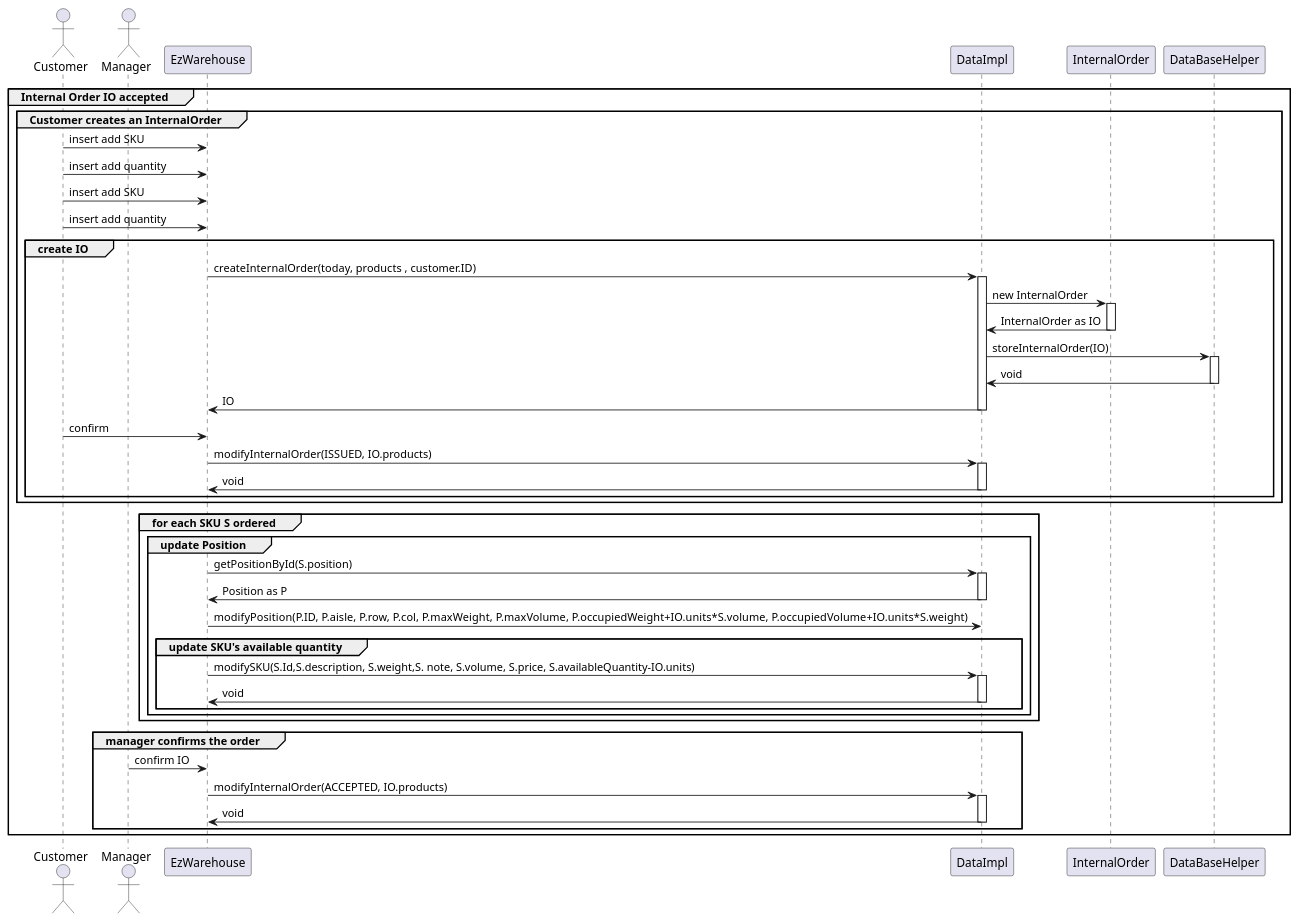
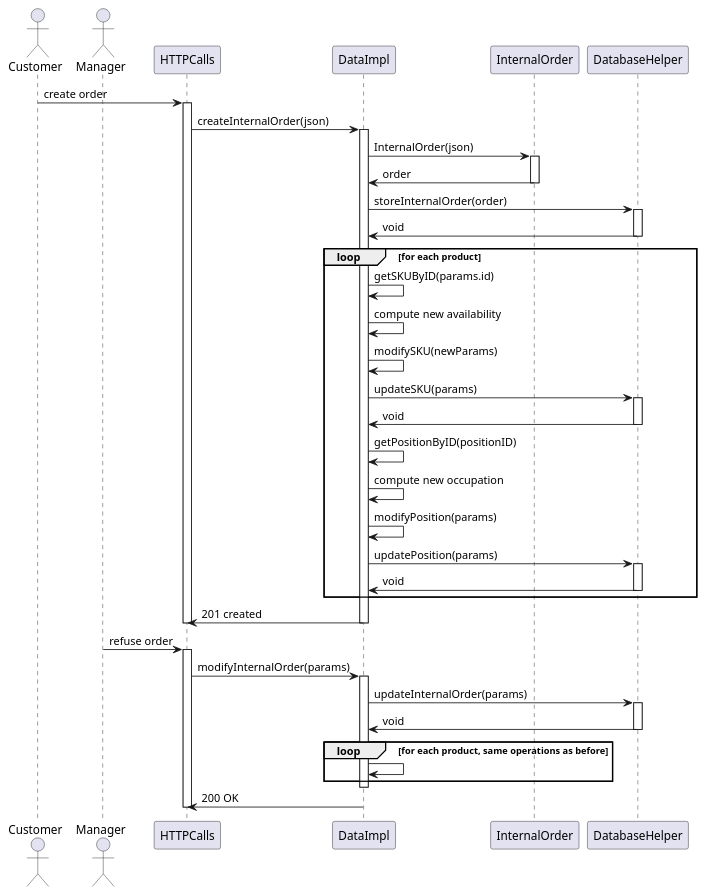
One commit to DavideArcolini/SoftEng_garbageCollector changed the sixth of 7 diagrams in DESIGN PART/DesignDocument.md. Above: the diagram before and after it, drawn with PlantUML. The commit also changed other lines of this file, not shown here.

````diff
--- a/DESIGN PART/DesignDocument.md
+++ b/DESIGN PART/DesignDocument.md
@@ -554,63 +454,53 @@
 ```plantuml
-group Internal Order IO accepted
 actor Customer
 actor Manager
 
-group Customer creates an InternalOrder
+Customer -> HTTPCalls : create order
+activate HTTPCalls
+HTTPCalls -> DataImpl : createInternalOrder(json)
+activate DataImpl
+DataImpl -> InternalOrder : InternalOrder(json)
+activate InternalOrder
+DataImpl <- InternalOrder : order
+deactivate InternalOrder
+DataImpl -> DatabaseHelper : storeInternalOrder(order)
+activate DatabaseHelper
+DataImpl <- DatabaseHelper : void
+deactivate DatabaseHelper
 
-Customer -> EzWarehouse : insert add SKU
-Customer -> EzWarehouse : insert add quantity
-Customer -> EzWarehouse : insert add SKU
-Customer -> EzWarehouse : insert add quantity
+loop for each product
+DataImpl -> DataImpl : getSKUByID(params.id)
+DataImpl -> DataImpl : compute new availability
+DataImpl -> DataImpl : modifySKU(newParams)
+DataImpl -> DatabaseHelper: updateSKU(params)
+activate DatabaseHelper
+DataImpl <- DatabaseHelper: void
+deactivate DatabaseHelper
+DataImpl -> DataImpl : getPositionByID(positionID)
+DataImpl -> DataImpl : compute new occupation
+DataImpl -> DataImpl : modifyPosition(params)
+DataImpl -> DatabaseHelper: updatePosition(params)
+activate DatabaseHelper
+DataImpl <- DatabaseHelper: void
+deactivate DatabaseHelper
+end
+DataImpl -> HTTPCalls : 201 created
+deactivate DataImpl
+deactivate HTTPCalls
 
+Manager -> HTTPCalls : refuse order
+activate HTTPCalls
+HTTPCalls -> DataImpl : modifyInternalOrder(params)
+activate DataImpl
+DataImpl -> DatabaseHelper : updateInternalOrder(params)
+activate DatabaseHelper
+DataImpl <- DatabaseHelper: void
+deactivate DatabaseHelper
 
-group create IO
-EzWarehouse->DataImpl: createInternalOrder(today, products , customer.ID) 
-activate DataImpl
-DataImpl->InternalOrder: new InternalOrder
-activate InternalOrder
-DataImpl<-InternalOrder: InternalOrder as IO
-deactivate InternalOrder
-DataImpl->DataBaseHelper: storeInternalOrder(IO)
-activate DataBaseHelper
-DataImpl<-DataBaseHelper: void
-deactivate DataBaseHelper
-EzWarehouse<-DataImpl: IO
+loop for each product, same operations as before
+DataImpl -> DataImpl
+end
 deactivate DataImpl
-Customer -> EzWarehouse : confirm
-EzWarehouse->DataImpl: modifyInternalOrder(ISSUED, IO.products)
-activate DataImpl
-EzWarehouse<- DataImpl: void
-deactivate DataImpl
-end
-end
-
-group for each SKU S ordered
-
-group update Position
-EzWarehouse->DataImpl: getPositionById(S.position)
-activate DataImpl
-EzWarehouse<-DataImpl: Position as P
-deactivate DataImpl
-EzWarehouse->DataImpl: modifyPosition(P.ID, P.aisle, P.row, P.col, P.maxWeight, P.maxVolume, P.occupiedWeight+IO.units*S.volume, P.occupiedVolume+IO.units*S.weight) 
-
-
-group update SKU's available quantity
-EzWarehouse->DataImpl : modifySKU(S.Id,S.description, S.weight,S. note, S.volume, S.price, S.availableQuantity-IO.units)
-activate DataImpl
-DataImpl->EzWarehouse: void
-deactivate DataImpl
-end
-end
-end 
-
-group manager confirms the order
-Manager->EzWarehouse: confirm IO
-EzWarehouse->DataImpl: modifyInternalOrder(ACCEPTED, IO.products)
-activate DataImpl
-EzWarehouse<- DataImpl: void
-deactivate DataImpl
-end
-end
-
+DataImpl -> HTTPCalls : 200 OK
+deactivate HTTPCalls
 ```
````
